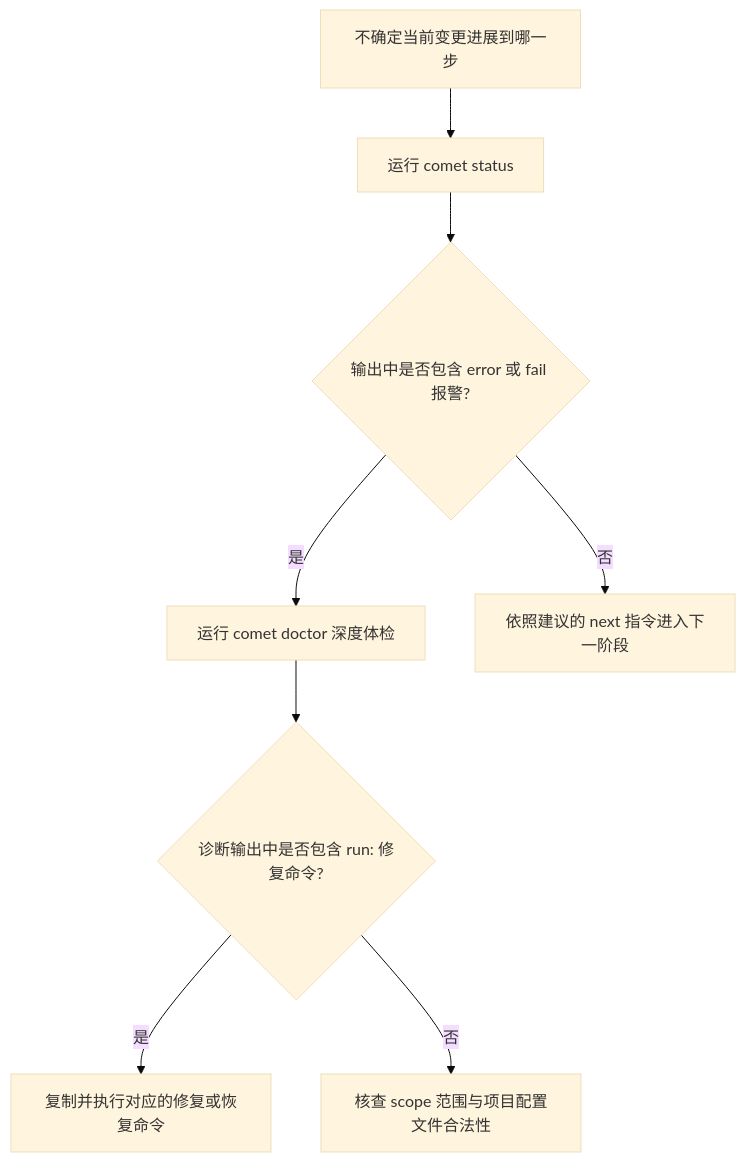
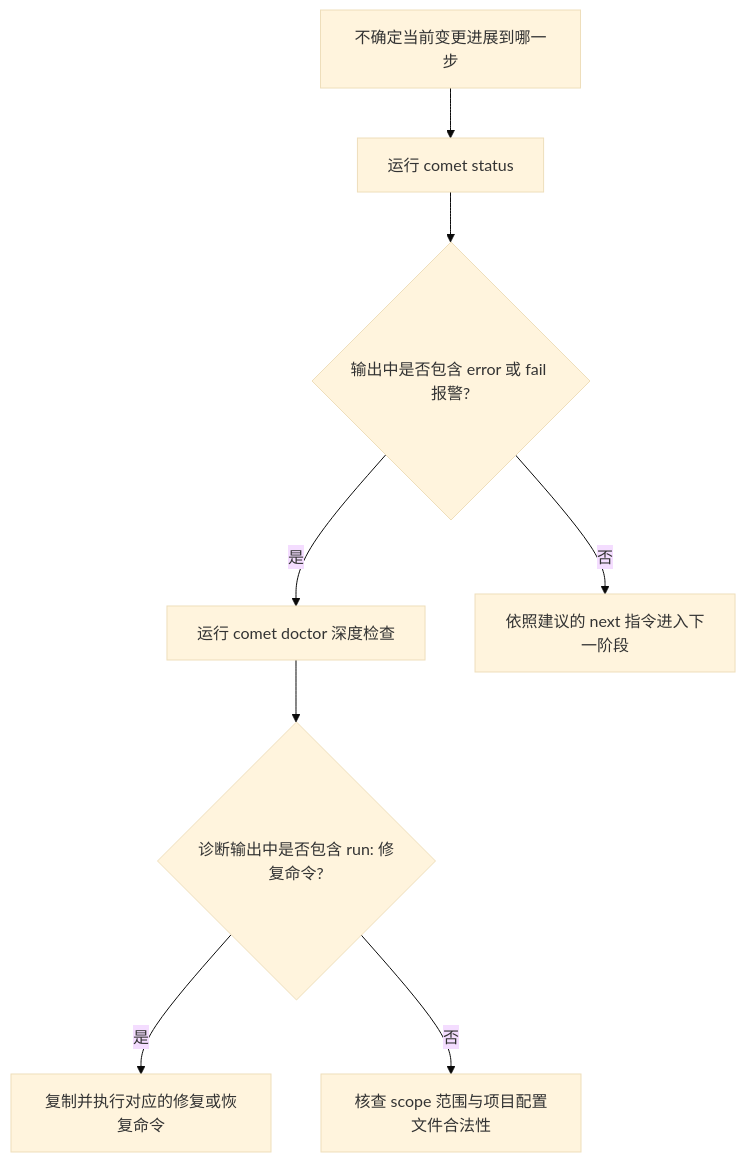
One commit to rpamis/comet-website-docs changed the diagram in zh/cli/doctor.mdx. Above: the diagram before and after it, drawn with Mermaid (base theme). The commit also changed other lines of this file and 87 other files, not shown here.

````diff
--- a/zh/cli/doctor.mdx
+++ b/zh/cli/doctor.mdx
@@ -148,10 +148,10 @@
 ```mermaid
 flowchart TD
   A["不确定当前变更进展到哪一步"] --> B["运行 comet status"]
   B --> C{"输出中是否包含 error 或 fail 报警?"}
-  C -->|是| D["运行 comet doctor 深度体检"]
+  C -->|是| D["运行 comet doctor 深度检查"]
   D --> E{"诊断输出中是否包含 run: 修复命令?"}
   E -->|是| F["复制并执行对应的修复或恢复命令"]
   E -->|否| G["核查 scope 范围与项目配置文件合法性"]
   C -->|否| H["依照建议的 next 指令进入下一阶段"]
 ```
````
